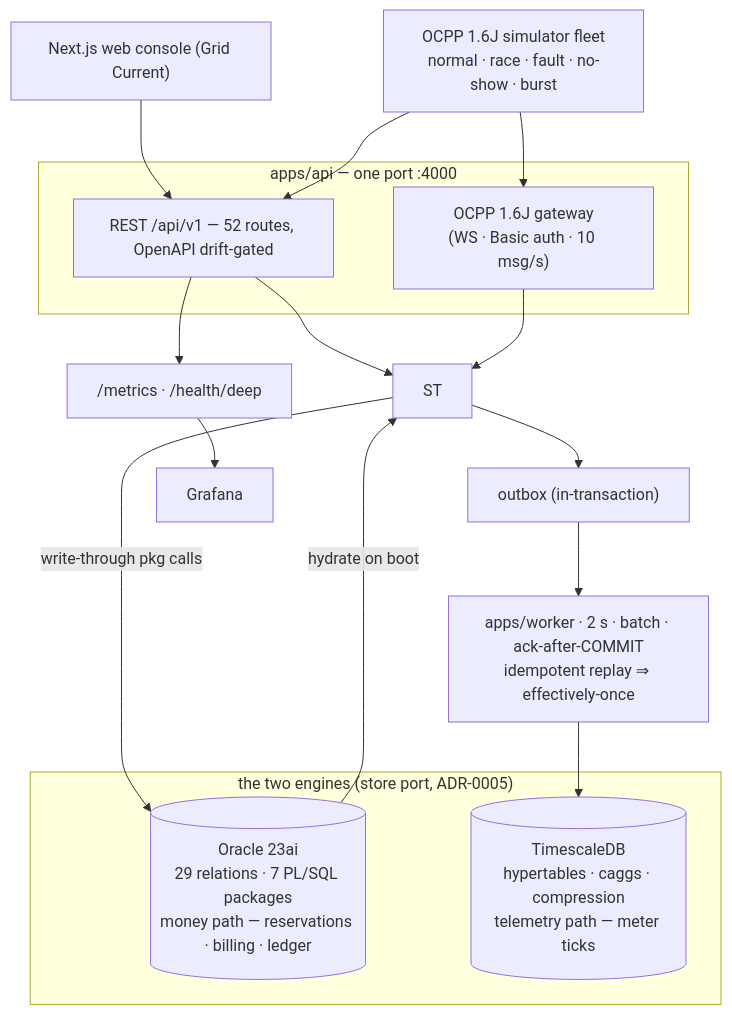
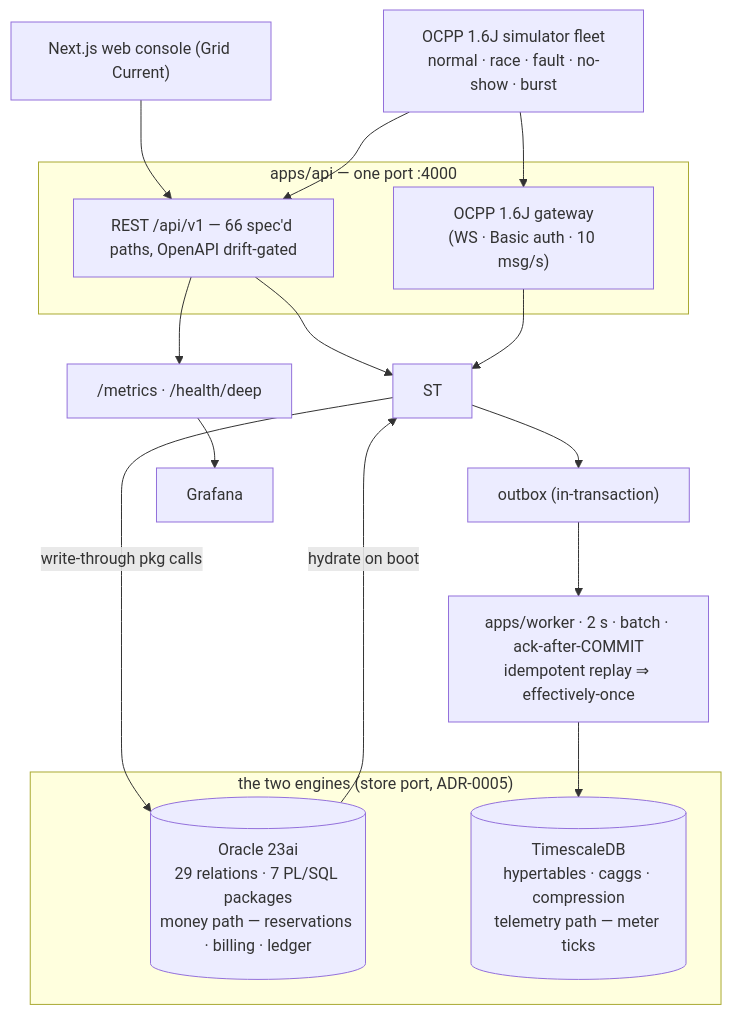
Before and after one commit to humoge7502/VoltHub-CSMS: the diagram in README.md, drawn with Mermaid. The commit also changed other lines of this file and 30 other files, not shown here.

````diff
--- a/README.md
+++ b/README.md
@@ -95,22 +94,22 @@
 ```mermaid
 flowchart TB
   W["Next.js web console (Grid Current)"] --> REST
   SIM["OCPP 1.6J simulator fleet<br/>normal · race · fault · no-show · burst"] --> GW
   SIM --> REST
   subgraph API["apps/api — one port :4000"]
-    REST["REST /api/v1 — 52 routes, OpenAPI drift-gated"]
+    REST["REST /api/v1 — 66 spec'd paths, OpenAPI drift-gated"]
     GW["OCPP 1.6J gateway<br/>(WS · Basic auth · 10 msg/s)"]
   end
   REST --> ST
   GW --> ST
   subgraph ENG["the two engines (store port, ADR-0005)"]
     ORA[("Oracle 23ai<br/>29 relations · 7 PL/SQL packages<br/>money path — reservations · billing · ledger")]
     TS[("TimescaleDB<br/>hypertables · caggs · compression<br/>telemetry path — meter ticks")]
   end
   ST -- "write-through pkg calls" --> ORA
   ORA -- "hydrate on boot" --> ST
   ST --> OB["outbox (in-transaction)"]
   OB --> REL["apps/worker · 2 s · batch · ack-after-COMMIT<br/>idempotent replay ⇒ effectively-once"]
   REL --> TS
   REST --> MX["/metrics · /health/deep"] --> GF["Grafana"]
 ```
````
